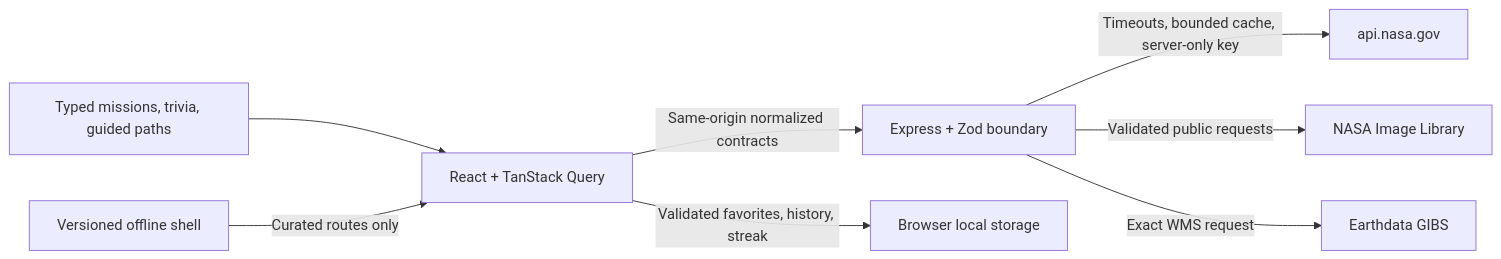
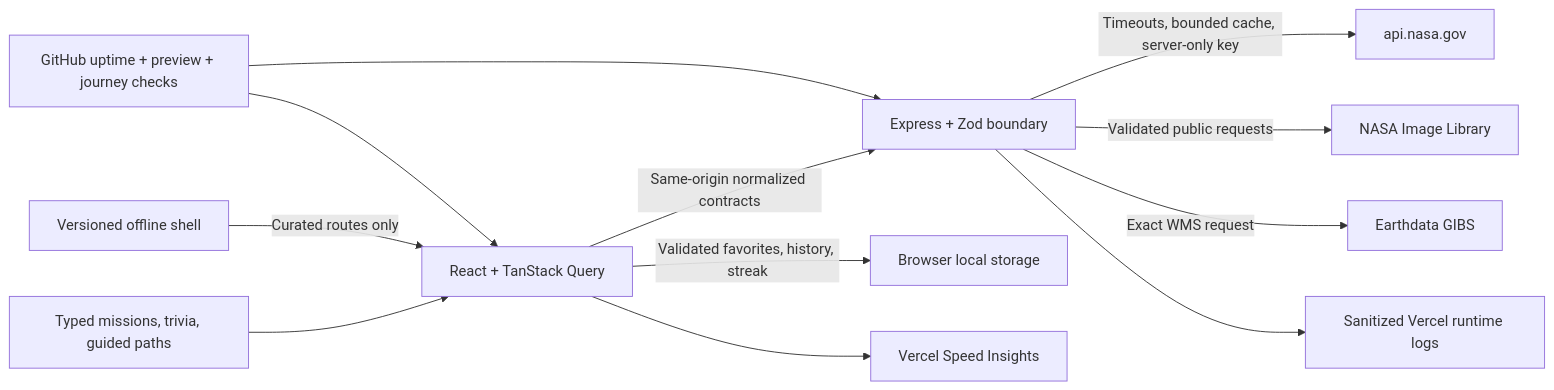
The diagram in README.md (jamesdoom/nasa-mission-control), drawn with Mermaid before and after one commit. The commit also changed other lines of this file and 23 other files, not shown here.

````diff
--- a/README.md
+++ b/README.md
@@ -148,10 +151,14 @@
 ```mermaid
 flowchart LR
   Browser[React + TanStack Query] -->|Same-origin normalized contracts| Express[Express + Zod boundary]
   Express -->|Timeouts, bounded cache, server-only key| Open[api.nasa.gov]
   Express -->|Validated public requests| Images[NASA Image Library]
   Express -->|Exact WMS request| GIBS[Earthdata GIBS]
   Browser -->|Validated favorites, history, streak| Local[Browser local storage]
   Curated[Typed missions, trivia, guided paths] --> Browser
   Shell[Versioned offline shell] -->|Curated routes only| Browser
+  Actions[GitHub uptime + preview + journey checks] --> Express
+  Actions --> Browser
+  Express --> Logs[Sanitized Vercel runtime logs]
+  Browser --> Vitals[Vercel Speed Insights]
 ```
````
